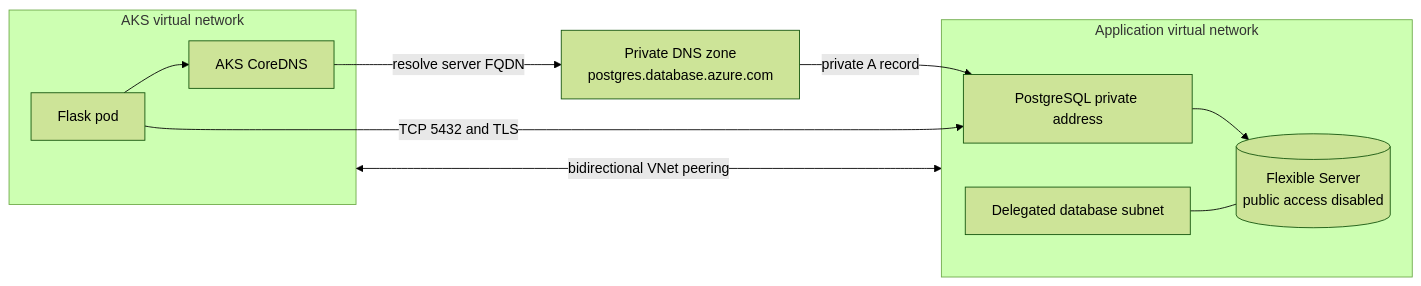
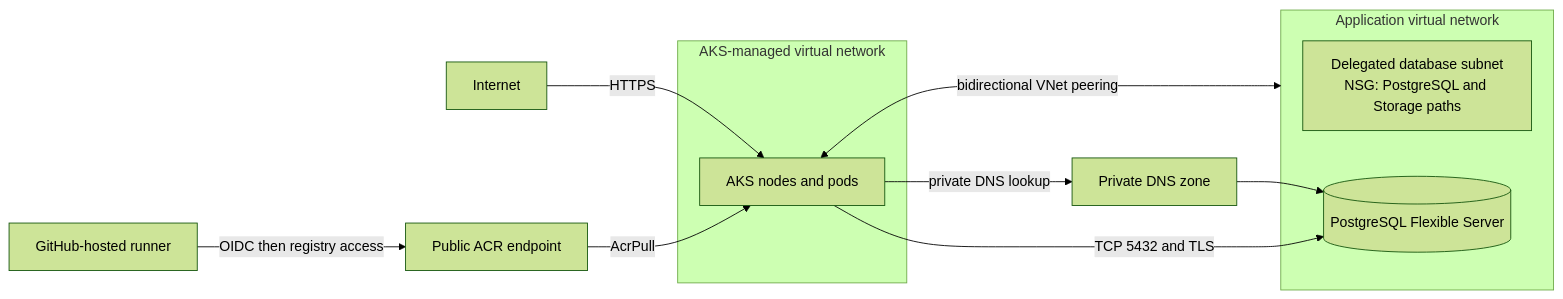
One commit to scampbell91coaching-dotcom/azure-devops-demo changed the third of 6 diagrams in docs/architecture.md. Above: the diagram before and after it, drawn with Mermaid (forest theme). The commit also changed other lines of this file and 7 other files, not shown here.

Commit message:
docs(platform): document architecture security and operations

````diff
--- a/docs/architecture.md
+++ b/docs/architecture.md
@@ -109,23 +96,22 @@
 ```mermaid
 flowchart LR
-    Pod[Flask pod]
-    CoreDNS[AKS CoreDNS]
-    PrivateZone[Private DNS zone<br/>postgres.database.azure.com]
-    PrivateIP[PostgreSQL private address]
-    DB[(Flexible Server<br/>public access disabled)]
+    Internet[Internet]
+    HostedCI[GitHub-hosted runner]
+    subgraph AKSVNet[AKS-managed virtual network]
+      AKS[AKS nodes and pods]
+    end
+    subgraph AppVNet[Application virtual network]
+      DBSubnet[Delegated database subnet\nNSG: PostgreSQL and Storage paths]
+      PG[(PostgreSQL Flexible Server)]
+    end
+    DNS[Private DNS zone]
+    ACR[Public ACR endpoint]
 
-    subgraph AKSVNet[AKS virtual network]
-        Pod --> CoreDNS
-    end
-
-    subgraph AppVNet[Application virtual network]
-        DBSubnet[Delegated database subnet]
-        PrivateIP --> DB
-        DBSubnet --- DB
-    end
-
-    AKSVNet <-->|bidirectional VNet peering| AppVNet
-    CoreDNS -->|resolve server FQDN| PrivateZone
-    PrivateZone -->|private A record| PrivateIP
-    Pod -->|TCP 5432 and TLS| PrivateIP
+    Internet -->|HTTPS| AKS
+    HostedCI -->|OIDC then registry access| ACR
+    ACR -->|AcrPull| AKS
+    AKS <-->|bidirectional VNet peering| AppVNet
+    AKS -->|private DNS lookup| DNS
+    DNS --> PG
+    AKS -->|TCP 5432 and TLS| PG
 ```
````
